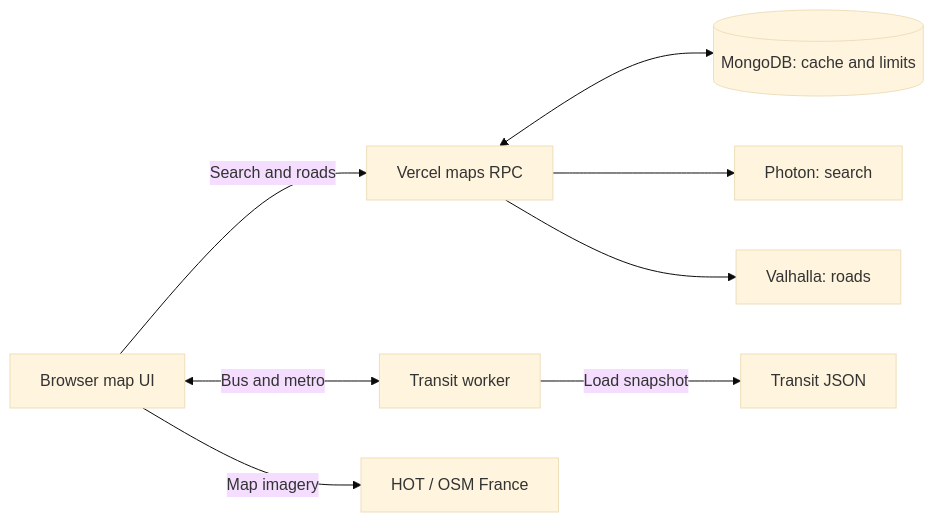
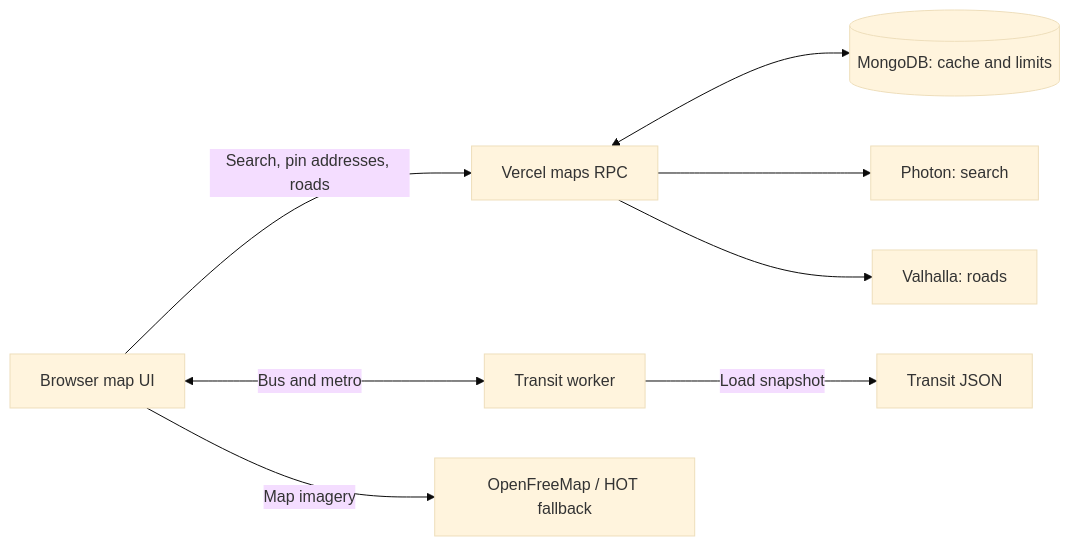
One commit to dakiemdarktharr/NoSleepClub_HIST changed the second of 2 diagrams in README.md. Above: the diagram before and after it, drawn with Mermaid (base theme). The commit also changed other lines of this file and 27 other files, not shown here.

Commit message:
Refresh editorial typography and SVG art; add pitched maps and pin addresses

````diff
--- a/README.md
+++ b/README.md
@@ -178,18 +178,18 @@
 ```mermaid
 flowchart LR
   map["Browser map UI"]
   planner["Transit worker"]
   api["Vercel maps RPC"]
   cache[("MongoDB: cache and limits")]
   photon["Photon: search"]
   valhalla["Valhalla: roads"]
   snapshot["Transit JSON"]
-  tiles["HOT / OSM France"]
-  map -->|"Search and roads"| api
+  tiles["OpenFreeMap / HOT fallback"]
+  map -->|"Search, pin addresses, roads"| api
   map <-->|"Bus and metro"| planner
   map -->|"Map imagery"| tiles
   api <--> cache
   api --> photon
   api --> valhalla
   planner -->|"Load snapshot"| snapshot
 ```
````
